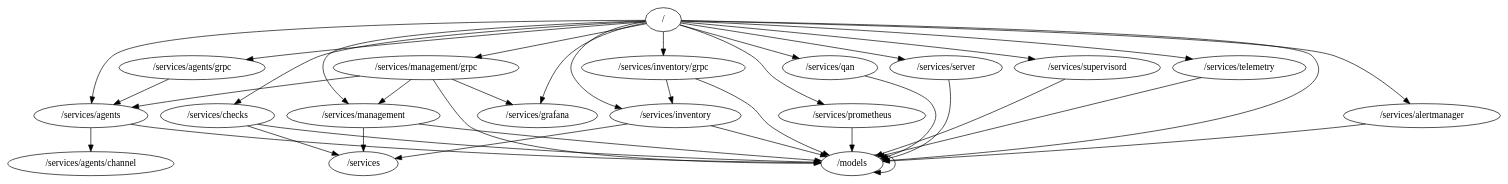
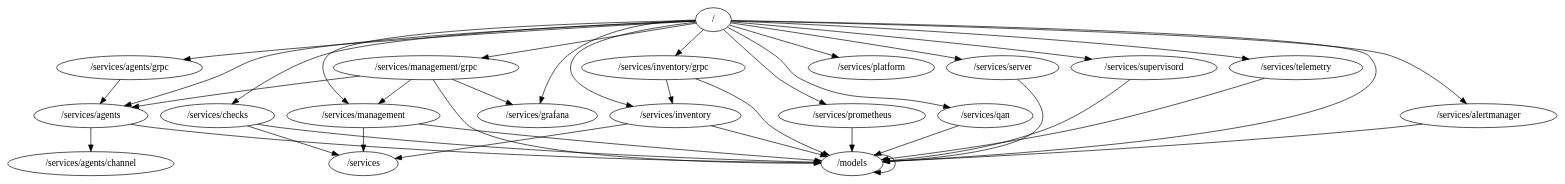
The diagram in packages.dot (percona/pmm), drawn with Graphviz before and after one commit. The commit also changed 76 other files, not shown here.

```diff
--- a/packages.dot
+++ b/packages.dot
@@ -1,39 +1,40 @@
 digraph packages {
 	"/" -> "/models";
 	"/" -> "/services/agents";
 	"/" -> "/services/agents/grpc";
 	"/" -> "/services/alertmanager";
 	"/" -> "/services/checks";
 	"/" -> "/services/grafana";
 	"/" -> "/services/inventory";
 	"/" -> "/services/inventory/grpc";
 	"/" -> "/services/management";
 	"/" -> "/services/management/grpc";
+	"/" -> "/services/platform";
 	"/" -> "/services/prometheus";
 	"/" -> "/services/qan";
 	"/" -> "/services/server";
 	"/" -> "/services/supervisord";
 	"/" -> "/services/telemetry";
 	"/models" -> "/models";
 	"/services/agents" -> "/models";
 	"/services/agents" -> "/services/agents/channel";
 	"/services/agents/grpc" -> "/services/agents";
 	"/services/alertmanager" -> "/models";
 	"/services/checks" -> "/models";
 	"/services/checks" -> "/services";
 	"/services/inventory" -> "/models";
 	"/services/inventory" -> "/services";
 	"/services/inventory/grpc" -> "/models";
 	"/services/inventory/grpc" -> "/services/inventory";
 	"/services/management" -> "/models";
 	"/services/management" -> "/services";
 	"/services/management/grpc" -> "/models";
 	"/services/management/grpc" -> "/services/agents";
 	"/services/management/grpc" -> "/services/grafana";
 	"/services/management/grpc" -> "/services/management";
 	"/services/prometheus" -> "/models";
 	"/services/qan" -> "/models";
 	"/services/server" -> "/models";
 	"/services/supervisord" -> "/models";
 	"/services/telemetry" -> "/models";
 }
```
